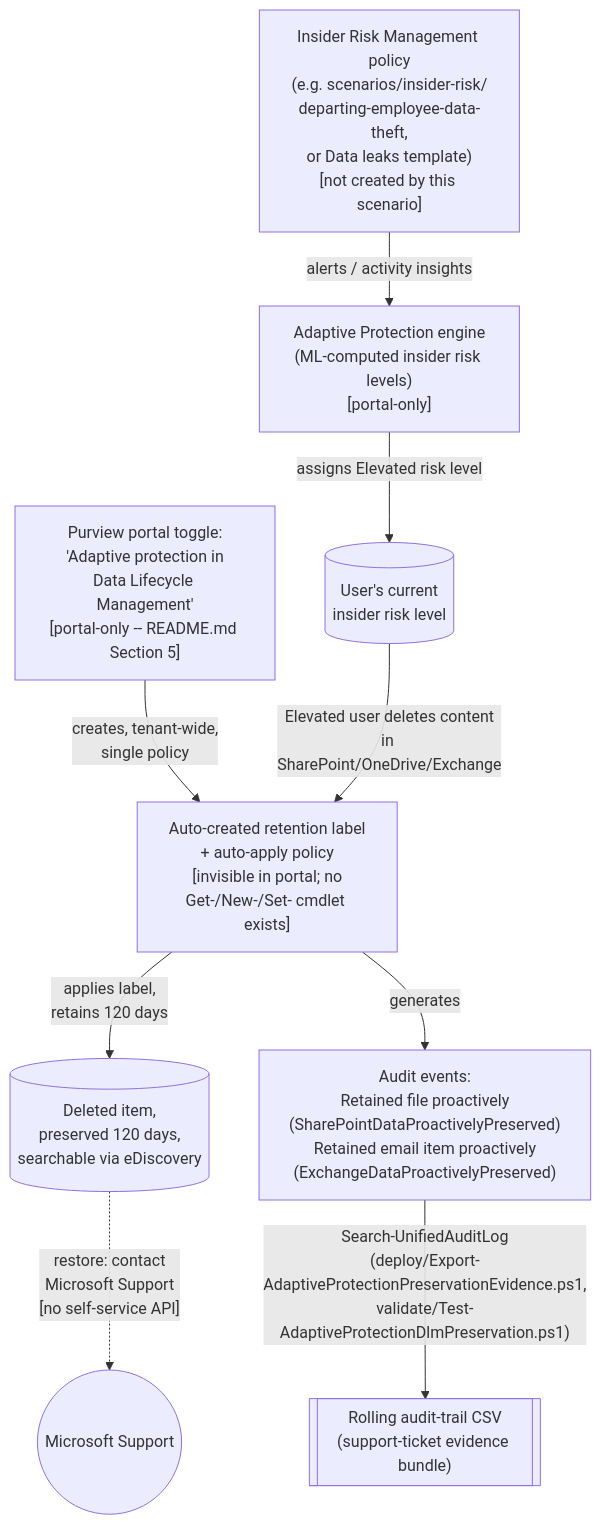
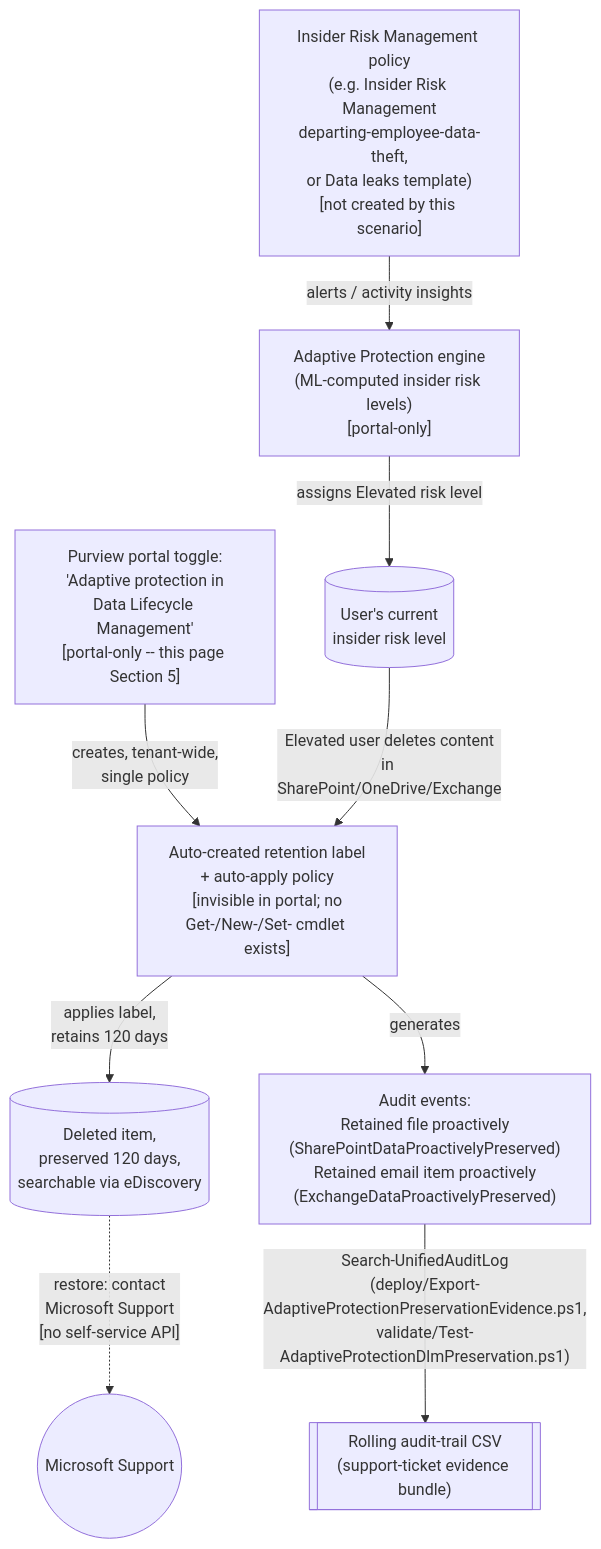
The diagram in src/content/scenarios/data-lifecycle-management/adaptive-protection-deleted-content-preservation.design.md (kpsec1/kpsec1.github.io), drawn with Mermaid before and after one commit. The commit also changed 269 other files, not shown here.

````diff
--- a/src/content/scenarios/data-lifecycle-management/adaptive-protection-deleted-content-preservation.design.md
+++ b/src/content/scenarios/data-lifecycle-management/adaptive-protection-deleted-content-preservation.design.md
@@ -71,11 +71,11 @@
 ```mermaid
 flowchart TD
-    IRM["Insider Risk Management policy\n(e.g. scenarios/insider-risk/\ndeparting-employee-data-theft,\nor Data leaks template)\n[not created by this scenario]"] -->|alerts / activity insights| APEngine["Adaptive Protection engine\n(ML-computed insider risk levels)\n[portal-only]"]
+    IRM["Insider Risk Management policy\n(e.g. Insider Risk Management\ndeparting-employee-data-theft,\nor Data leaks template)\n[not created by this scenario]"] -->|alerts / activity insights| APEngine["Adaptive Protection engine\n(ML-computed insider risk levels)\n[portal-only]"]
     APEngine -->|assigns Elevated risk level| RiskLevel[("User's current\ninsider risk level")]
-    Toggle["Purview portal toggle:\n'Adaptive protection in\nData Lifecycle Management'\n[portal-only -- README.md Section 5]"] -->|creates, tenant-wide,\nsingle policy| DLMPolicy["Auto-created retention label\n+ auto-apply policy\n[invisible in portal; no\nGet-/New-/Set- cmdlet exists]"]
+    Toggle["Purview portal toggle:\n'Adaptive protection in\nData Lifecycle Management'\n[portal-only -- this page Section 5]"] -->|creates, tenant-wide,\nsingle policy| DLMPolicy["Auto-created retention label\n+ auto-apply policy\n[invisible in portal; no\nGet-/New-/Set- cmdlet exists]"]
     RiskLevel -->|"Elevated user deletes content\nin SharePoint/OneDrive/Exchange"| DLMPolicy
     DLMPolicy -->|applies label,\nretains 120 days| Preserved[("Deleted item,\npreserved 120 days,\nsearchable via eDiscovery")]
     DLMPolicy -->|generates| AuditEvt["Audit events:\nRetained file proactively\n(SharePointDataProactivelyPreserved)\nRetained email item proactively\n(ExchangeDataProactivelyPreserved)"]
     AuditEvt -->|"Search-UnifiedAuditLog\n(deploy/Export-AdaptiveProtectionPreservationEvidence.ps1,\nvalidate/Test-AdaptiveProtectionDlmPreservation.ps1)"| Evidence[["Rolling audit-trail CSV\n(support-ticket evidence bundle)"]]
     Preserved -.->|"restore: contact\nMicrosoft Support\n[no self-service API]"| Support(("Microsoft Support"))
 ```
````
